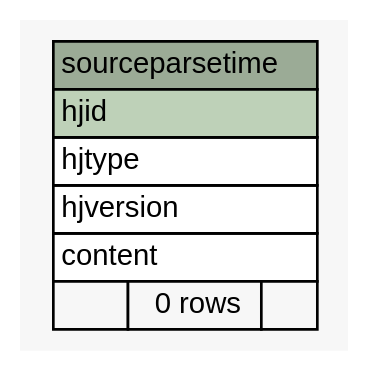
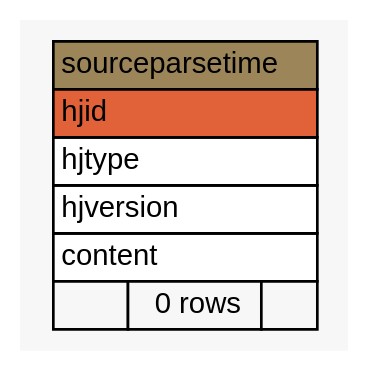
One commit to lmu-bioinformatics/xmlpipedb changed the diagram in site/docs/schemaspy/godb/diagrams/summary/sourceparsetime.1degree.dot. Above: the diagram before and after it, drawn with Graphviz. The commit also changed 1111 other files, not shown here.

```diff
--- a/site/docs/schemaspy/godb/diagrams/summary/sourceparsetime.1degree.dot
+++ b/site/docs/schemaspy/godb/diagrams/summary/sourceparsetime.1degree.dot
@@ -1,33 +1,33 @@
 // dot 2.22.2 on Windows Vista 6.0
 // SchemaSpy rev 536
 digraph "sourceparsetime" {
   graph [
     rankdir="RL"
     bgcolor="#f7f7f7"
     nodesep="0.18"
     ranksep="0.46"
     fontname="Helvetica"
     fontsize="11"
   ];
   node [
     fontname="Helvetica"
     fontsize="11"
     shape="plaintext"
   ];
   edge [
     arrowsize="0.8"
   ];
   "sourceparsetime" [
     label=<
     <TABLE BORDER="0" CELLBORDER="1" CELLSPACING="0" BGCOLOR="#ffffff">
-      <TR><TD COLSPAN="3" BGCOLOR="#9bab96" ALIGN="CENTER">sourceparsetime</TD></TR>
-      <TR><TD PORT="hjid" COLSPAN="3" BGCOLOR="#bed1b8" ALIGN="LEFT">hjid</TD></TR>
+      <TR><TD COLSPAN="3" BGCOLOR="#9b8559" ALIGN="CENTER">sourceparsetime</TD></TR>
+      <TR><TD PORT="hjid" COLSPAN="3" BGCOLOR="#e16239" ALIGN="LEFT">hjid</TD></TR>
       <TR><TD PORT="hjtype" COLSPAN="3" ALIGN="LEFT">hjtype</TD></TR>
       <TR><TD PORT="hjversion" COLSPAN="3" ALIGN="LEFT">hjversion</TD></TR>
       <TR><TD PORT="content" COLSPAN="3" ALIGN="LEFT">content</TD></TR>
       <TR><TD ALIGN="LEFT" BGCOLOR="#f7f7f7">  </TD><TD ALIGN="RIGHT" BGCOLOR="#f7f7f7">0 rows</TD><TD ALIGN="RIGHT" BGCOLOR="#f7f7f7">  </TD></TR>
     </TABLE>>
     URL="tables/sourceparsetime.html"
     tooltip="sourceparsetime"
   ];
 }
```
